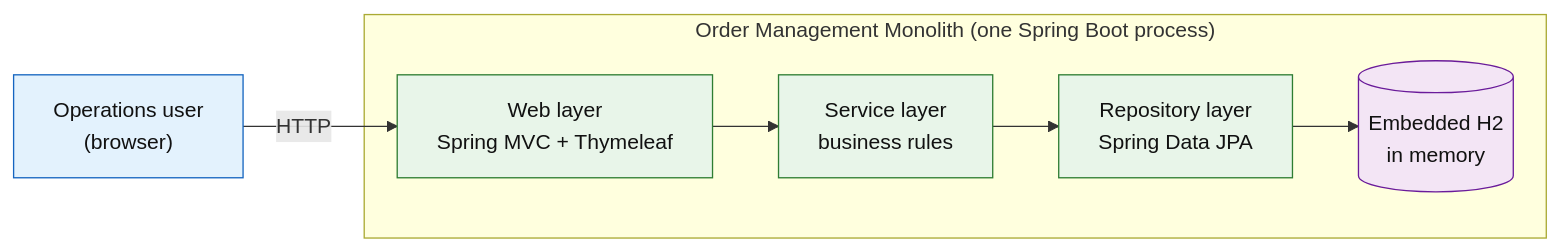
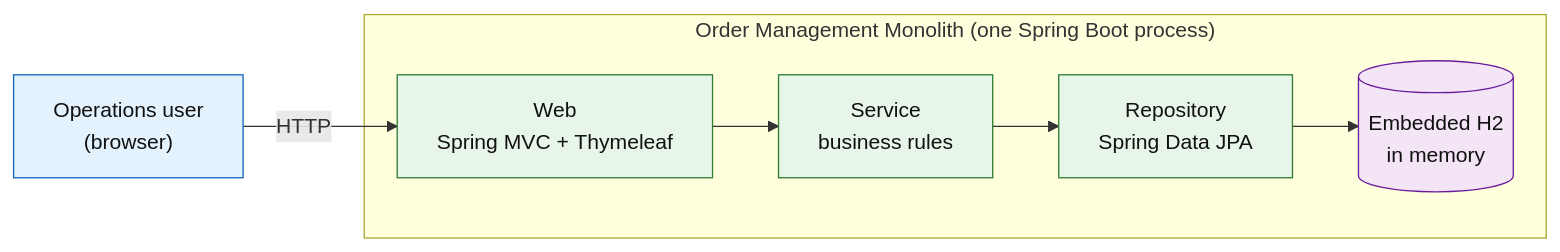
The first of 2 diagrams in README.md (raviganesh-ai/fake-monolith), drawn with Mermaid before and after one commit. The commit also changed other lines of this file and 2 other files, not shown here.

````diff
--- a/README.md
+++ b/README.md
@@ -66,14 +40,14 @@
 ```mermaid
 flowchart LR
     browser["Operations user<br/>(browser)"]:::actor
     subgraph app["Order Management Monolith (one Spring Boot process)"]
-        web["Web layer<br/>Spring MVC + Thymeleaf"]:::compute
-        svc["Service layer<br/>business rules"]:::compute
-        repo["Repository layer<br/>Spring Data JPA"]:::compute
+        web["Web<br/>Spring MVC + Thymeleaf"]:::compute
+        svc["Service<br/>business rules"]:::compute
+        repo["Repository<br/>Spring Data JPA"]:::compute
         h2[("Embedded H2<br/>in memory")]:::data
     end
     browser -->|HTTP| web --> svc --> repo --> h2
     classDef actor fill:#E3F2FD,stroke:#1565C0,color:#111;
     classDef compute fill:#E8F5E9,stroke:#2E7D32,color:#111;
     classDef data fill:#F3E5F5,stroke:#6A1B9A,color:#111;
 ```
````
